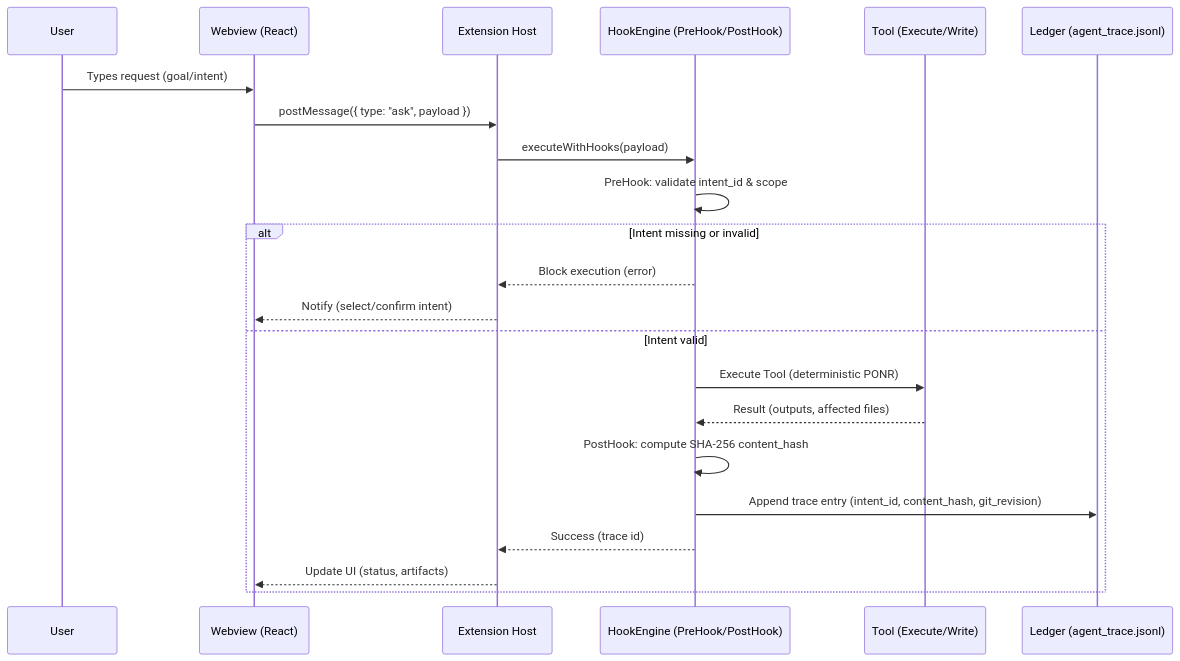
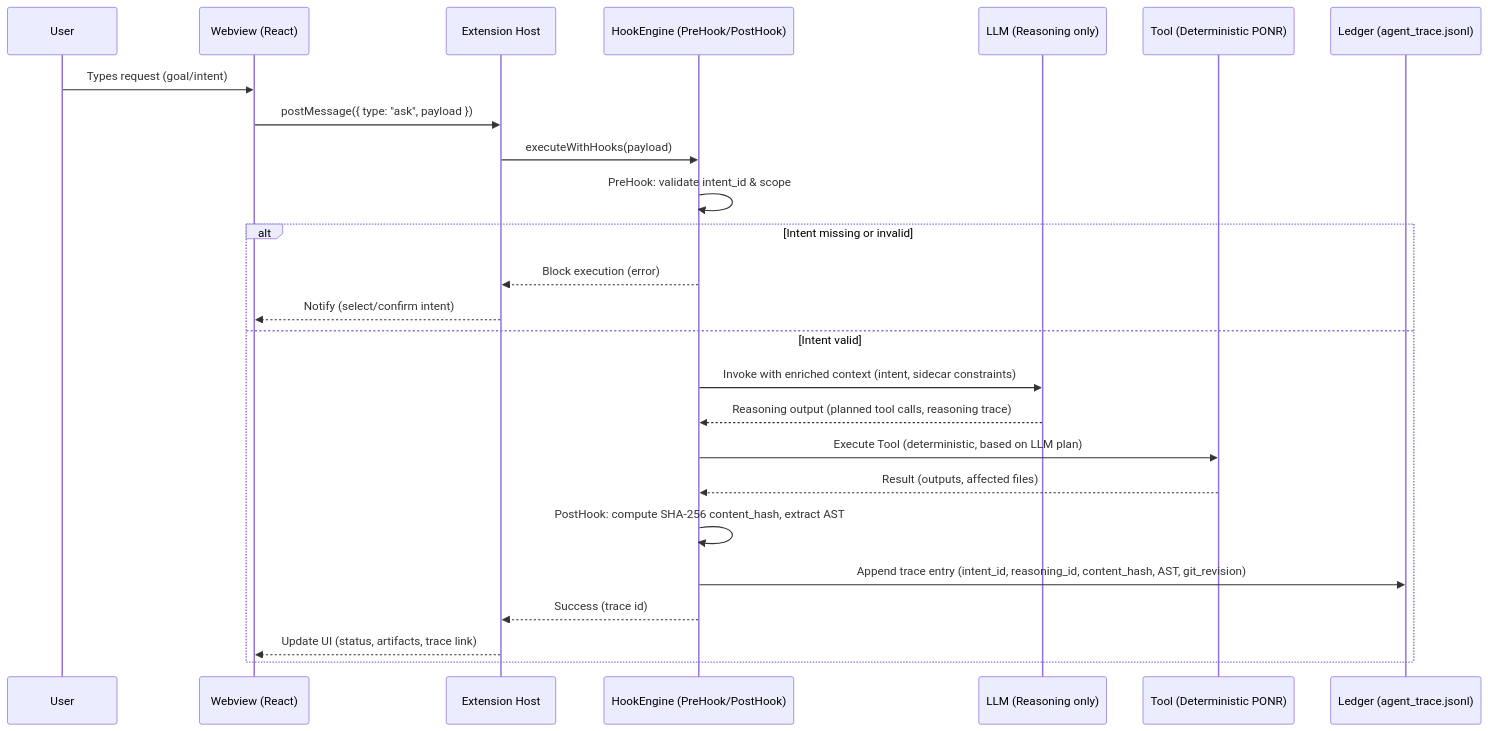
Before and after one commit to Azazh/Roo-Code: the diagram in README.md, drawn with Mermaid. The commit also changed other lines of this file and 1 other file, not shown here.

Commit message:
feat(diagrams): update sequence diagram and README for new intent/LLM/tool/ledger flow

````diff
--- a/README.md
+++ b/README.md
@@ -83,27 +83,30 @@
 ```mermaid
 sequenceDiagram
-		participant U as User
-		participant W as Webview (React)
-		participant E as Extension Host
-		participant H as HookEngine (PreHook/PostHook)
-		participant T as Tool (Execute/Write)
-		participant L as Ledger (agent_trace.jsonl)
+	participant U as User
+	participant W as Webview (React)
+	participant E as Extension Host
+	participant H as HookEngine (PreHook/PostHook)
+	participant L as LLM (Reasoning only)
+	participant T as Tool (Deterministic PONR)
+	participant D as Ledger (agent_trace.jsonl)
 
-		U->>W: Types request (goal/intent)
-		W->>E: postMessage({ type: "ask", payload })
-		E->>H: executeWithHooks(payload)
+	U->>W: Types request (goal/intent)
+	W->>E: postMessage({ type: "ask", payload })
+	E->>H: executeWithHooks(payload)
 
-		H->>H: PreHook: validate intent_id & scope
+	H->>H: PreHook: validate intent_id & scope
 
-		alt Intent missing or invalid
-				H-->>E: Block execution (error)
-				E-->>W: Notify (select/confirm intent)
-		else Intent valid
-				H->>T: Execute Tool (deterministic PONR)
-				T-->>H: Result (outputs, affected files)
-				H->>H: PostHook: compute SHA-256 content_hash
-				H->>L: Append trace entry (intent_id, content_hash, git_revision)
-				H-->>E: Success (trace id)
-				E-->>W: Update UI (status, artifacts)
-		end
+	alt Intent missing or invalid
+		H-->>E: Block execution (error)
+		E-->>W: Notify (select/confirm intent)
+	else Intent valid
+		H->>L: Invoke with enriched context (intent, sidecar constraints)
+		L-->>H: Reasoning output (planned tool calls, reasoning trace)
+		H->>T: Execute Tool (deterministic, based on LLM plan)
+		T-->>H: Result (outputs, affected files)
+		H->>H: PostHook: compute SHA-256 content_hash, extract AST
+		H->>D: Append trace entry (intent_id, reasoning_id, content_hash, AST, git_revision)
+		H-->>E: Success (trace id)
+		E-->>W: Update UI (status, artifacts, trace link)
+	end
 ```
````
